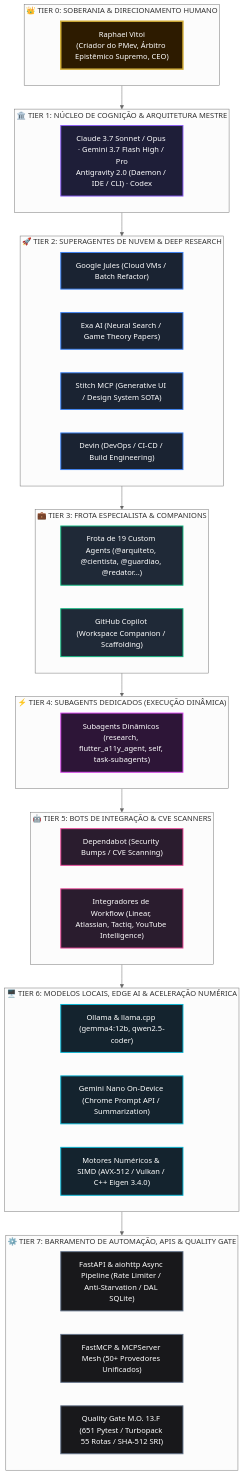
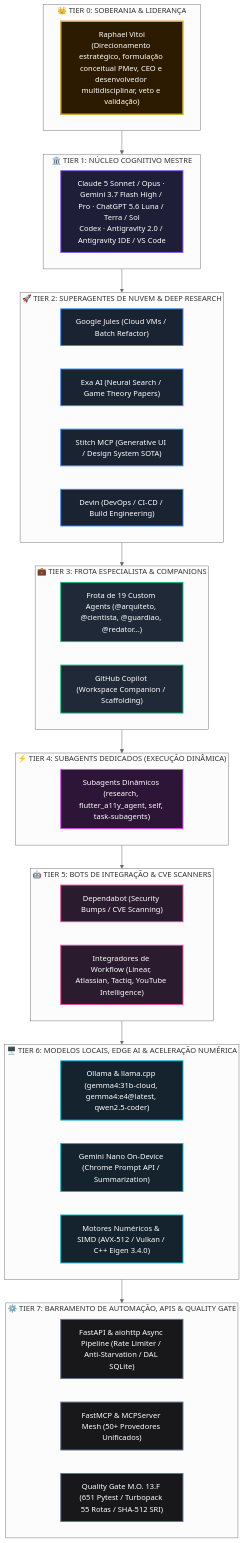
The first of 2 diagrams in docs/GOVERNANCA_PIRAMIDAL_SOTA.md (RaphaelVitoi/Site), drawn with Mermaid (neutral theme) before and after one commit. The commit also changed other lines of this file and 3 other files, not shown here.

````diff
--- a/docs/GOVERNANCA_PIRAMIDAL_SOTA.md
+++ b/docs/GOVERNANCA_PIRAMIDAL_SOTA.md
@@ -11,69 +11,69 @@
 ```mermaid
 flowchart TB
-    subgraph T0["👑 TIER 0: SOBERANIA & DIRECIONAMENTO HUMANO"]
-        VITOI["Raphael Vitoi\n(Criador do PMev, Árbitro Epistêmico Supremo, CEO)"]
+    subgraph T0["👑 TIER 0: SOBERANIA & LIDERANÇA"]
+        VITOI["Raphael Vitoi\n(Direcionamento estratégico, formulação conceitual PMev, CEO e desenvolvedor multidisciplinar, veto e validação)"]
     end
 
-    subgraph T1["🏛️ TIER 1: NÚCLEO DE COGNIÇÃO & ARQUITETURA MESTRE"]
-        CORE_LLM["Claude 3.7 Sonnet / Opus · Gemini 3.7 Flash High / Pro\nAntigravity 2.0 (Daemon / IDE / CLI) · Codex"]
+    subgraph T1["🏛️ TIER 1: NÚCLEO COGNITIVO MESTRE"]
+        CORE_LLM["Claude 5 Sonnet / Opus · Gemini 3.7 Flash High / Pro · ChatGPT 5.6 Luna / Terra / Sol\nCodex · Antigravity 2.0 / Antigravity IDE / VS Code"]
     end
 
     subgraph T2["🚀 TIER 2: SUPERAGENTES DE NUVEM & DEEP RESEARCH"]
         JULES["Google Jules (Cloud VMs / Batch Refactor)"]
         EXA["Exa AI (Neural Search / Game Theory Papers)"]
         STITCH["Stitch MCP (Generative UI / Design System SOTA)"]
         DEVIN["Devin (DevOps / CI-CD / Build Engineering)"]
     end
 
     subgraph T3["💼 TIER 3: FROTA ESPECIALISTA & COMPANIONS"]
         FLEET["Frota de 19 Custom Agents (@arquiteto, @cientista, @guardiao, @redator...)"]
         COPILOT["GitHub Copilot (Workspace Companion / Scaffolding)"]
     end
 
     subgraph T4["⚡ TIER 4: SUBAGENTS DEDICADOS (EXECUÇÃO DINÂMICA)"]
         SUBAGENTS["Subagents Dinâmicos (research, flutter_a11y_agent, self, task-subagents)"]
     end
 
     subgraph T5["🤖 TIER 5: BOTS DE INTEGRAÇÃO & CVE SCANNERS"]
         DEPENDABOT["Dependabot (Security Bumps / CVE Scanning)"]
         INTEGRATORS["Integradores de Workflow (Linear, Atlassian, Tactiq, YouTube Intelligence)"]
     end
 
     subgraph T6["🖥️ TIER 6: MODELOS LOCAIS, EDGE AI & ACELERAÇÃO NUMÉRICA"]
-        LOCAL_LLM["Ollama & llama.cpp (gemma4:12b, qwen2.5-coder)"]
+        LOCAL_LLM["Ollama & llama.cpp (gemma4:31b-cloud, gemma4:e4@latest, qwen2.5-coder)"]
         NANO["Gemini Nano On-Device (Chrome Prompt API / Summarization)"]
         NUMERIC["Motores Numéricos & SIMD (AVX-512 / Vulkan / C++ Eigen 3.4.0)"]
     end
 
     subgraph T7["⚙️ TIER 7: BARRAMENTO DE AUTOMAÇÃO, APIS & QUALITY GATE"]
         APIS["FastAPI & aiohttp Async Pipeline (Rate Limiter / Anti-Starvation / DAL SQLite)"]
         MCP["FastMCP & MCPServer Mesh (50+ Provedores Unificados)"]
         GATE["Quality Gate M.O. 13.F (651 Pytest / Turbopack 55 Rotas / SHA-512 SRI)"]
     end
 
     T0 --> T1
     T1 --> T2
     T2 --> T3
     T3 --> T4
     T4 --> T5
     T5 --> T6
     T6 --> T7
 
     classDef t0 fill:#2d1b00,stroke:#d4af37,stroke-width:3px,color:#fff;
     classDef t1 fill:#1e1e38,stroke:#8b5cf6,stroke-width:2px,color:#fff;
     classDef t2 fill:#1a2332,stroke:#3b82f6,stroke-width:2px,color:#fff;
     classDef t3 fill:#1f2937,stroke:#10b981,stroke-width:2px,color:#fff;
     classDef t4 fill:#2d1537,stroke:#d946ef,stroke-width:2px,color:#fff;
     classDef t5 fill:#2a1c2e,stroke:#ec4899,stroke-width:2px,color:#fff;
     classDef t6 fill:#14232e,stroke:#06b6d4,stroke-width:2px,color:#fff;
     classDef t7 fill:#18181b,stroke:#64748b,stroke-width:2px,color:#fff;
 
     class VITOI t0;
     class CORE_LLM t1;
     class JULES,EXA,STITCH,DEVIN t2;
     class FLEET,COPILOT t3;
     class SUBAGENTS t4;
     class DEPENDABOT,INTEGRATORS t5;
     class LOCAL_LLM,NANO,NUMERIC t6;
     class APIS,MCP,GATE t7;
 ```
````
